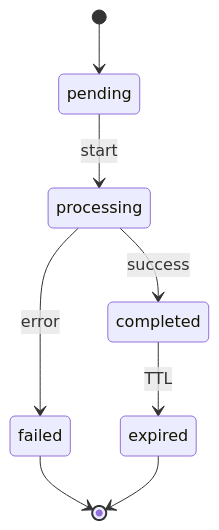
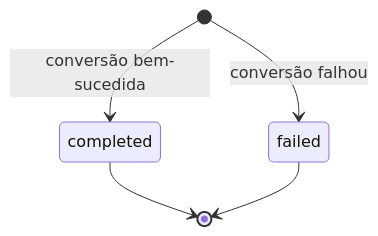
Before and after one commit to Gabrielsilvamagalhaes/conversor.io: the diagram in docs/02 - Dominio/Contexto Conversão de Arquivos.md, drawn with Mermaid. The commit also changed other lines of this file and 9 other files, not shown here.

First line of the commit message:
docs: record Phase 2 decisions and correct stale architecture notes

````diff
--- a/docs/02 - Dominio/Contexto Conversão de Arquivos.md
+++ b/docs/02 - Dominio/Contexto Conversão de Arquivos.md
@@ -26,10 +60,7 @@
 ```mermaid
 stateDiagram-v2
-    [*] --> pending
-    pending --> processing: start
-    processing --> completed: success
-    processing --> failed: error
-    completed --> expired: TTL
+    [*] --> completed: conversão bem-sucedida
+    [*] --> failed: conversão falhou
+    completed --> [*]
     failed --> [*]
-    expired --> [*]
 ```
````
